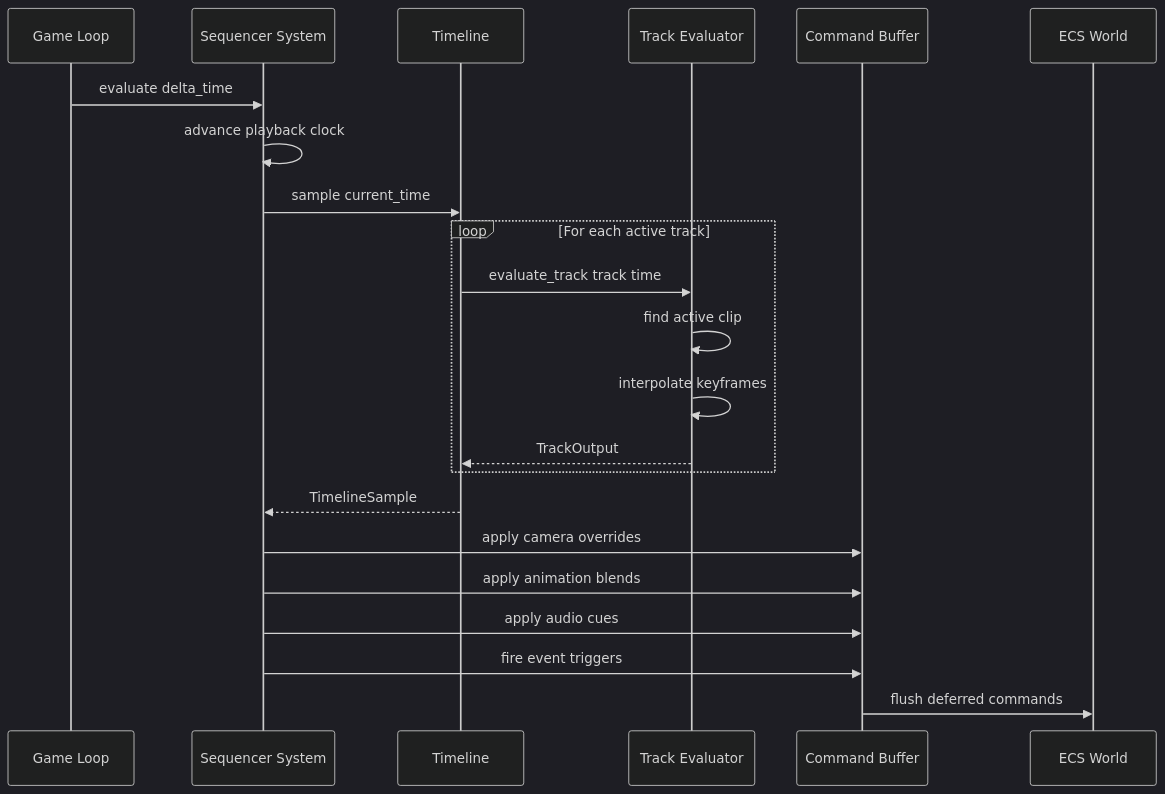
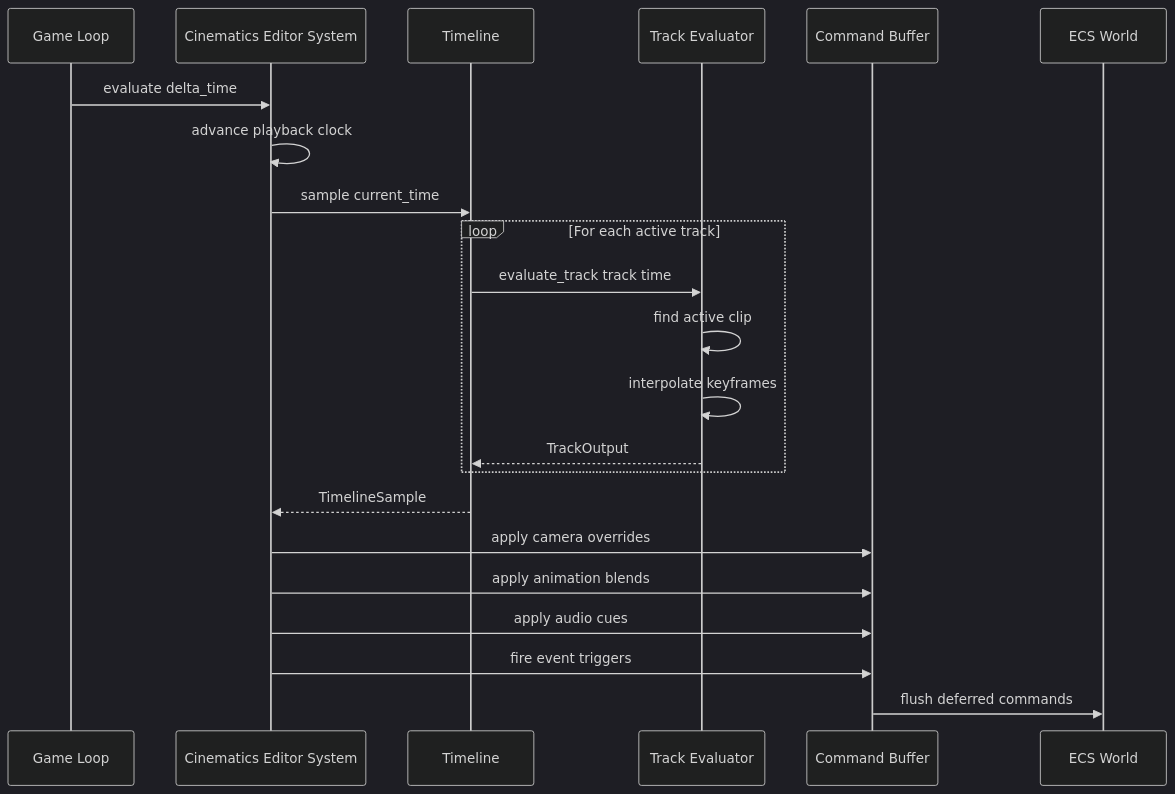
Before and after one commit to harmonius-dev/harmonius: the sixth of 9 diagrams in docs/design/game-framework/save-cinematics.md, drawn with Mermaid (dark theme). The commit also changed other lines of this file and 582 other files, not shown here.

````diff
--- a/docs/design/game-framework/save-cinematics.md
+++ b/docs/design/game-framework/save-cinematics.md
@@ -1659,28 +1658,28 @@
 ```mermaid
 sequenceDiagram
     participant GL as Game Loop
-    participant SQ as Sequencer System
+    participant SQ as Cinematics Editor System
     participant TL as Timeline
     participant TK as Track Evaluator
     participant CB as Command Buffer
     participant ECS as ECS World
 
     GL->>SQ: evaluate delta_time
     SQ->>SQ: advance playback clock
     SQ->>TL: sample current_time
 
     loop For each active track
         TL->>TK: evaluate_track track time
         TK->>TK: find active clip
         TK->>TK: interpolate keyframes
         TK-->>TL: TrackOutput
     end
 
     TL-->>SQ: TimelineSample
 
     SQ->>CB: apply camera overrides
     SQ->>CB: apply animation blends
     SQ->>CB: apply audio cues
     SQ->>CB: fire event triggers
     CB->>ECS: flush deferred commands
 ```
````
